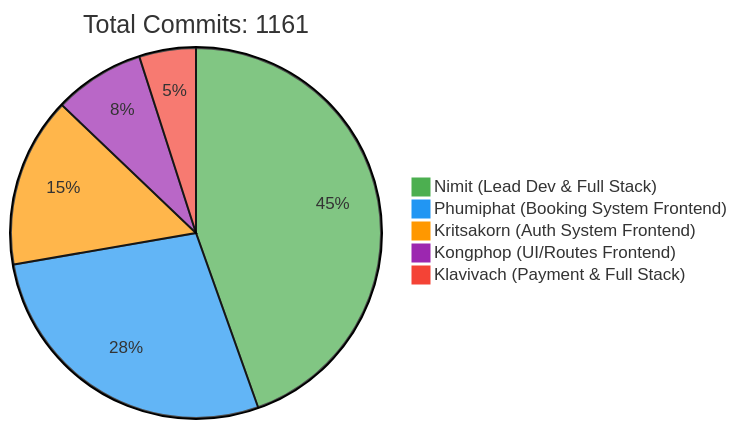
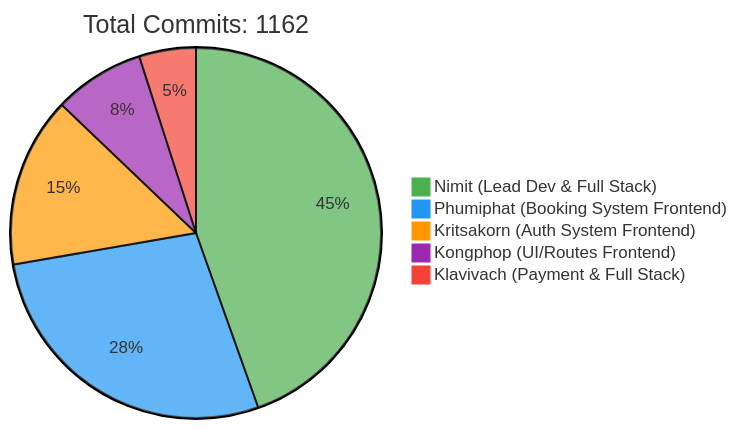
One commit to 6531503042/Sport-Complex changed the first of 2 diagrams in README.md. Above: the diagram before and after it, drawn with Mermaid. The commit also changed other lines of this file, not shown here.

Commit message:
docs: Update contributor statistics [skip ci]

````diff
--- a/README.md
+++ b/README.md
@@ -257,10 +257,10 @@
 ```mermaid
 %%{init: {'theme': 'base', 'themeVariables': { 'pie1': '#4CAF50', 'pie2': '#2196F3', 'pie3': '#FF9800', 'pie4': '#9C27B0', 'pie5': '#F44336'}}}%%
 pie
-    title Total Commits: 1161
+    title Total Commits: 1162
     "Nimit (Lead Dev & Full Stack)" : 450
     "Phumiphat (Booking System Frontend)" : 280
     "Kritsakorn (Auth System Frontend)" : 150
     "Kongphop (UI/Routes Frontend)" : 80
     "Klavivach (Payment & Full Stack)" : 50
 ```
````
